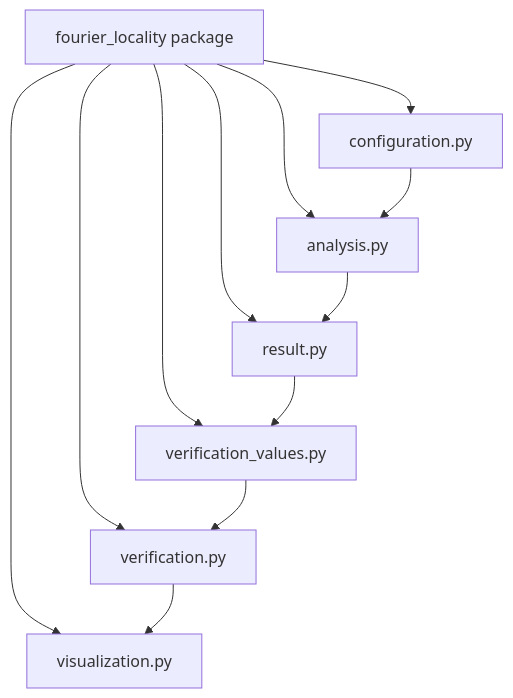
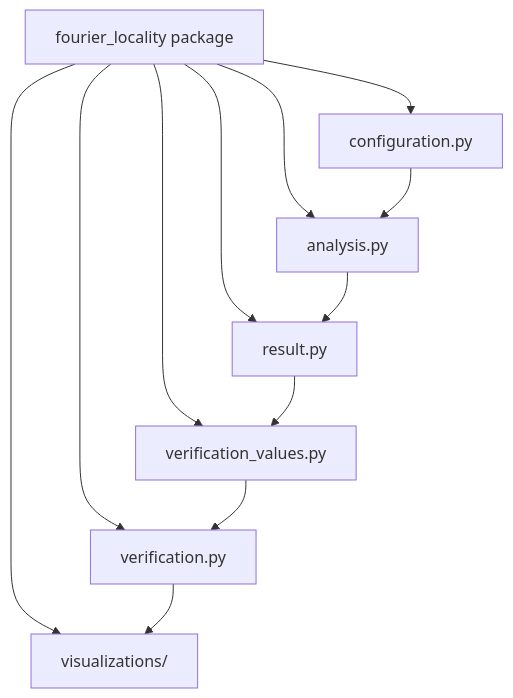
Before and after one commit to eragasa/ksdft2effmass: the second of 4 diagrams in docs/architecture/v3/ksdft2effmass/periodic1d/fourier_locality/schematics.md, drawn with Mermaid. The commit also changed 79 other files, not shown here.

Commit message:
Define V3 visualization package architecture

````diff
--- a/docs/architecture/v3/ksdft2effmass/periodic1d/fourier_locality/schematics.md
+++ b/docs/architecture/v3/ksdft2effmass/periodic1d/fourier_locality/schematics.md
@@ -25,16 +25,16 @@
 ```mermaid
 flowchart TB
     PKG[fourier_locality package]
     PKG --> CFG[configuration.py]
     PKG --> ANA[analysis.py]
     PKG --> RES[result.py]
     PKG --> IV[verification_values.py]
     PKG --> VER[verification.py]
-    PKG --> VIS[visualization.py]
+    PKG --> VIS[visualizations/]
 
     CFG --> ANA
     ANA --> RES
     RES --> IV
     IV --> VER
     VER --> VIS
 ```
````
